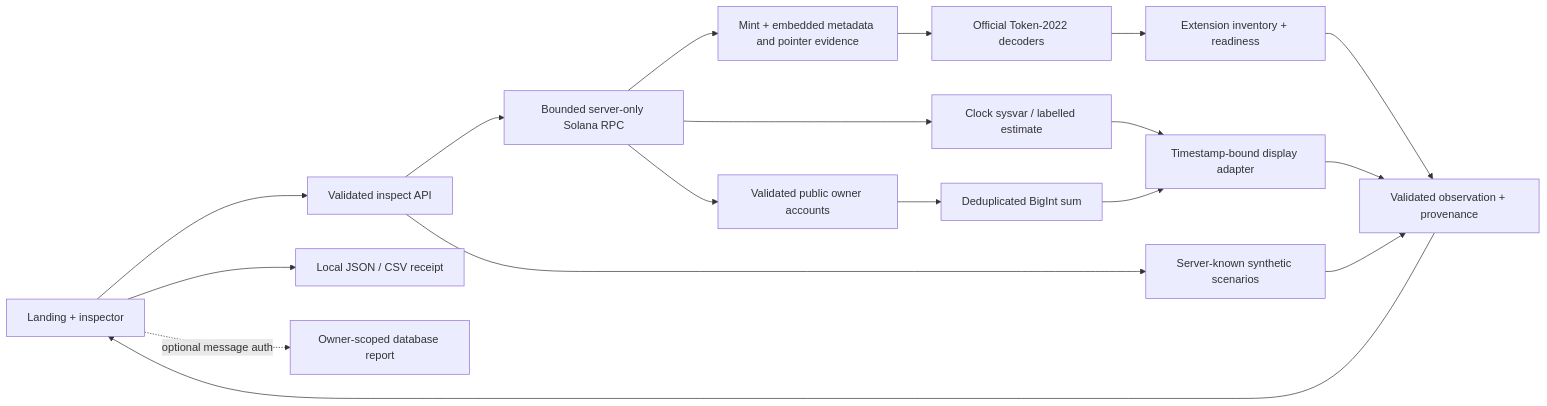
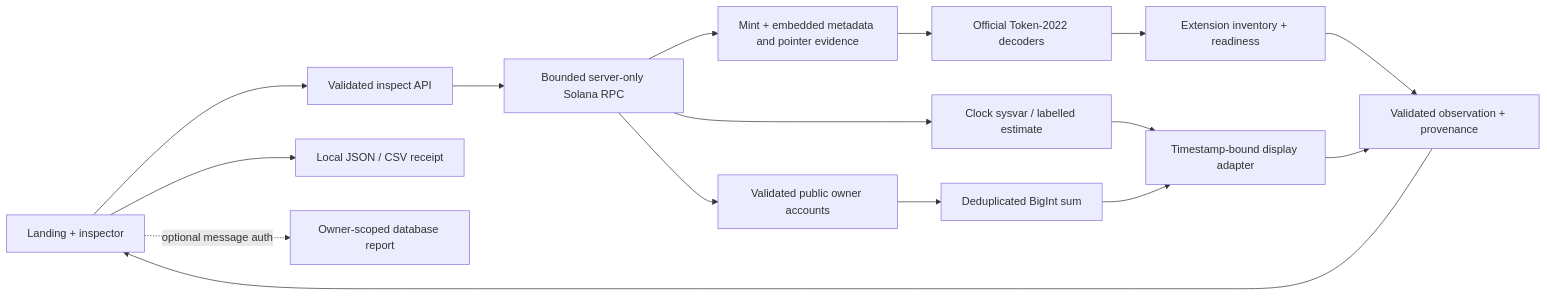
One commit to operatoruplift/rwa-lens changed the diagram in README.md. Above: the diagram before and after it, drawn with Mermaid. The commit also changed other lines of this file and 35 other files, not shown here.

````diff
--- a/README.md
+++ b/README.md
@@ -201,20 +216,18 @@
 ```mermaid
 flowchart LR
   UI[Landing + inspector] --> API[Validated inspect API]
-  API --> Fixture[Server-known synthetic scenarios]
   API --> RPC[Bounded server-only Solana RPC]
   RPC --> Mint[Mint + embedded metadata and pointer evidence]
   RPC --> Clock[Clock sysvar / labelled estimate]
   RPC --> Owner[Validated public owner accounts]
   Mint --> Decode[Official Token-2022 decoders]
   Decode --> Controls[Extension inventory + readiness]
   Owner --> Raw[Deduplicated BigInt sum]
   Clock --> Display[Timestamp-bound display adapter]
   Raw --> Display
   Controls --> Result[Validated observation + provenance]
   Display --> Result
-  Fixture --> Result
   Result --> UI
   UI --> Export[Local JSON / CSV receipt]
   UI -. optional message auth .-> Reports[Owner-scoped database report]
 ```
````
